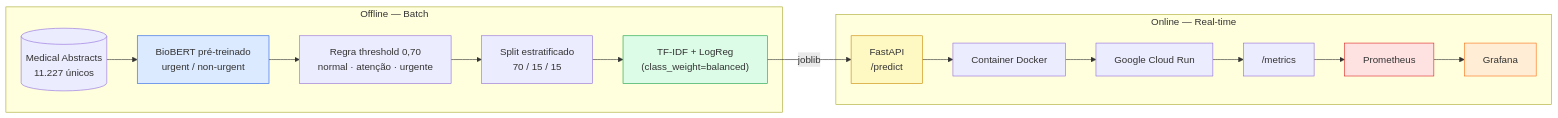
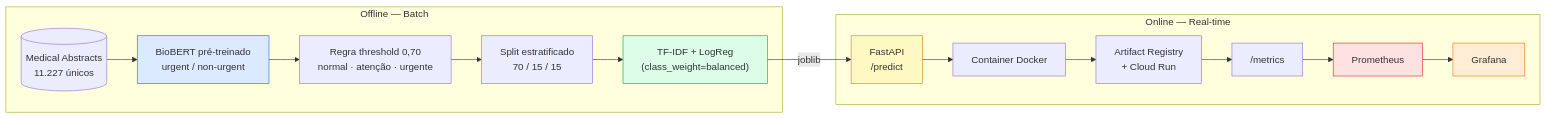
The diagram in README.md (fabii2607/medical-triage-mlops), drawn with Mermaid before and after one commit. The commit also changed other lines of this file and 3 other files, not shown here.

First line of the commit message:
feat(cd): automatizar deploy seguro no Cloud Run

````diff
--- a/README.md
+++ b/README.md
@@ -51,26 +51,26 @@
 ```mermaid
 flowchart LR
 
     subgraph OFFLINE["Offline — Batch"]
         A[("Medical Abstracts<br/>11.227 únicos")] --> B["BioBERT pré-treinado<br/>urgent / non-urgent"]
         B --> C["Regra threshold 0,70<br/>normal · atenção · urgente"]
         C --> D["Split estratificado<br/>70 / 15 / 15"]
         D --> E["TF-IDF + LogReg<br/>(class_weight=balanced)"]
     end
 
     subgraph ONLINE["Online — Real-time"]
         F["FastAPI<br/>/predict"] --> G["Container Docker"]
-        G --> H["Google Cloud Run"]
+        G --> H["Artifact Registry<br/>+ Cloud Run"]
         H --> I["/metrics"]
         I --> J["Prometheus"]
         J --> K["Grafana"]
     end
 
     E -->|"joblib"| F
 
     style B fill:#dbeafe,stroke:#2563eb
     style E fill:#dcfce7,stroke:#16a34a
     style F fill:#fef9c3,stroke:#ca8a04
     style J fill:#fee2e2,stroke:#dc2626
     style K fill:#ffedd5,stroke:#f97316
 ```
````
